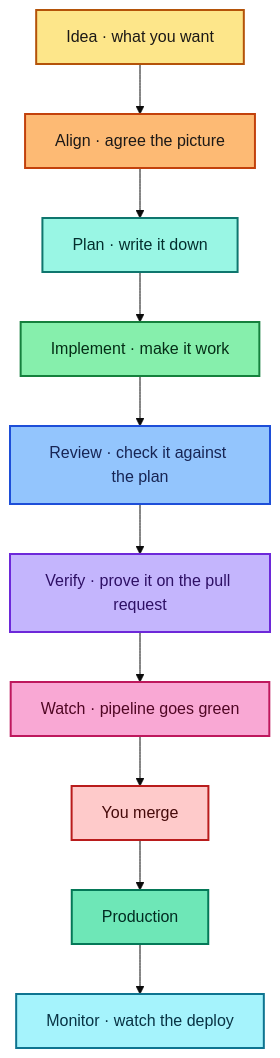
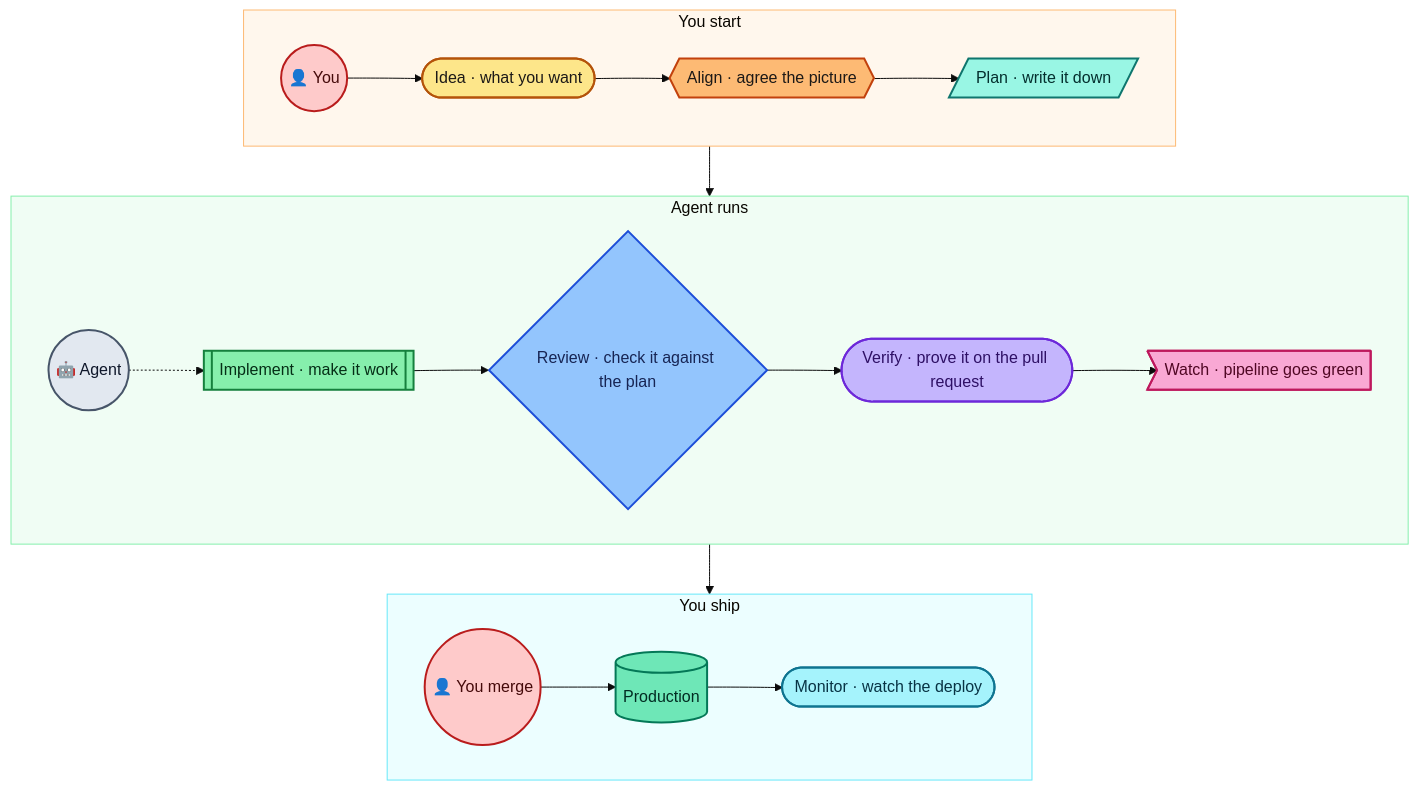
The diagram in README.md (CodyTVWeber/Public-AI), drawn with Mermaid (base theme) before and after one commit. The commit also changed other lines of this file and 1 other file, not shown here.

Commit message:
Finish the README front door and point start-here at it.
The way in stays /idea-to-production with /build, /deliver, and /advance.
The line diagram uses mixed shapes and actors. Commands lists A through M.
start-here stays a router and points at the README.

````diff
--- a/README.md
+++ b/README.md
@@ -27,24 +26,43 @@
 ```mermaid
 flowchart TB
-  idea["Idea · what you want"]:::idea
-  align["Align · agree the picture"]:::align
-  plan["Plan · write it down"]:::plan
-  build["Implement · make it work"]:::build
-  review["Review · check it against the plan"]:::review
-  prove["Verify · prove it on the pull request"]:::prove
-  watch["Watch · pipeline goes green"]:::watch
-  merge["You merge"]:::you
-  prod["Production"]:::prod
-  monitor["Monitor · watch the deploy"]:::mon
-  idea --> align --> plan --> build --> review --> prove --> watch --> merge --> prod --> monitor
+  subgraph inbound["You start"]
+    direction LR
+    you(("👤 You")):::you
+    idea(["Idea · what you want"]):::idea
+    align{{"Align · agree the picture"}}:::align
+    plan[/"Plan · write it down"/]:::plan
+    you --> idea --> align --> plan
+  end
+  subgraph line["Agent runs"]
+    direction LR
+    agent(("🤖 Agent")):::agent
+    impl[["Implement · make it work"]]:::build
+    review{"Review · check it against the plan"}:::review
+    prove(["Verify · prove it on the pull request"]):::prove
+    watch>"Watch · pipeline goes green"]:::watch
+    agent -.-> impl --> review --> prove --> watch
+  end
+  subgraph outbound["You ship"]
+    direction LR
+    merge(("👤 You merge")):::you
+    prod[("Production")]:::prod
+    mon(["Monitor · watch the deploy"]):::mon
+    merge --> prod --> mon
+  end
+  plan --> impl
+  watch --> merge
   classDef idea fill:#FDE68A,stroke:#B45309,color:#1C1917,stroke-width:2px
   classDef align fill:#FDBA74,stroke:#C2410C,color:#1C1917,stroke-width:2px
   classDef plan fill:#99F6E4,stroke:#0F766E,color:#042F2E,stroke-width:2px
   classDef build fill:#86EFAC,stroke:#15803D,color:#052E16,stroke-width:2px
   classDef review fill:#93C5FD,stroke:#1D4ED8,color:#172554,stroke-width:2px
   classDef prove fill:#C4B5FD,stroke:#6D28D9,color:#2E1065,stroke-width:2px
   classDef watch fill:#F9A8D4,stroke:#BE185D,color:#500724,stroke-width:2px
   classDef you fill:#FECACA,stroke:#B91C1C,color:#450A0A,stroke-width:2px
+  classDef agent fill:#E2E8F0,stroke:#475569,color:#0F172A,stroke-width:2px
   classDef prod fill:#6EE7B7,stroke:#047857,color:#022C22,stroke-width:2px
   classDef mon fill:#A5F3FC,stroke:#0E7490,color:#083344,stroke-width:2px
+  style inbound fill:#FFF7ED,stroke:#FDBA74
+  style line fill:#F0FDF4,stroke:#86EFAC
+  style outbound fill:#ECFEFF,stroke:#67E8F9
 ```
````
